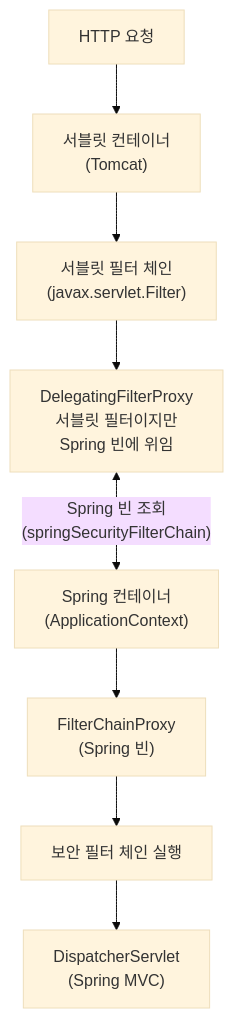
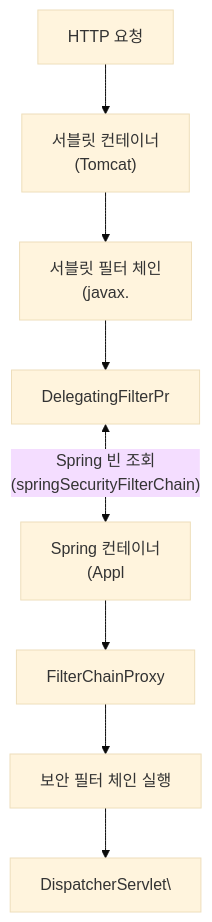
Before and after one commit to yjkim2015/yjkim2015.github.io: the first of 3 diagrams in _posts/security/2021-05-19-DelegatingFilterProxy.md, drawn with Mermaid (base theme). The commit also changed other lines of this file and 271 other files, not shown here.

First line of the commit message:
Mermaid 라벨 축소: 긴 노드 텍스트 18자 이하로 트림 + \n 제거

````diff
--- a/_posts/security/2021-05-19-DelegatingFilterProxy.md
+++ b/_posts/security/2021-05-19-DelegatingFilterProxy.md
@@ -20,10 +20,10 @@
 ```mermaid
 flowchart TD
     A["HTTP 요청"] --> B["서블릿 컨테이너\n(Tomcat)"]
-    B --> C["서블릿 필터 체인\n(javax.servlet.Filter)"]
-    C --> D["DelegatingFilterProxy\n서블릿 필터이지만\nSpring 빈에 위임"]
-    D <-- "Spring 빈 조회\n(springSecurityFilterChain)" --> E["Spring 컨테이너\n(ApplicationContext)"]
-    E --> F["FilterChainProxy\n(Spring 빈)"]
+    B --> C["서블릿 필터 체인\n(javax."]
+    C --> D["DelegatingFilterPr"]
+    D <-- "Spring 빈 조회\n(springSecurityFilterChain)" --> E["Spring 컨테이너\n(Appl"]
+    E --> F["FilterChainProxy\n"]
     F --> G["보안 필터 체인 실행"]
-    G --> H["DispatcherServlet\n(Spring MVC)"]
+    G --> H["DispatcherServlet\"]
 ```
````
